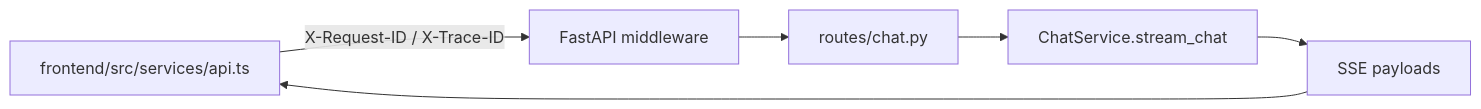
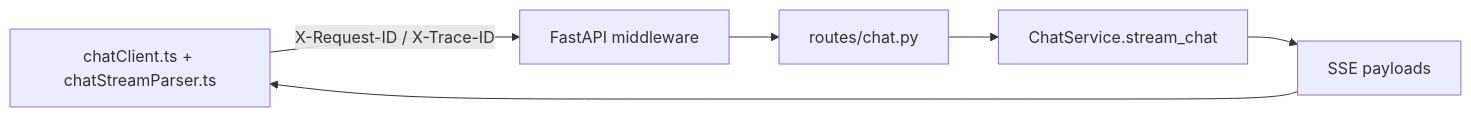
One commit to woodmeone/BitBlanket-Travel-Agent changed the diagram in docs/architecture/infrastructure-foundations.md. Above: the diagram before and after it, drawn with Mermaid. The commit also changed other lines of this file and 266 other files, not shown here.

````diff
--- a/docs/architecture/infrastructure-foundations.md
+++ b/docs/architecture/infrastructure-foundations.md
@@ -266,8 +265,8 @@
 ```mermaid
 flowchart LR
-    A["frontend/src/services/api.ts"] -->|"X-Request-ID / X-Trace-ID"| B["FastAPI middleware"]
+    A["chatClient.ts + chatStreamParser.ts"] -->|"X-Request-ID / X-Trace-ID"| B["FastAPI middleware"]
     B --> C["routes/chat.py"]
     C --> D["ChatService.stream_chat"]
     D --> E["SSE payloads"]
     E --> A
 ```
````
